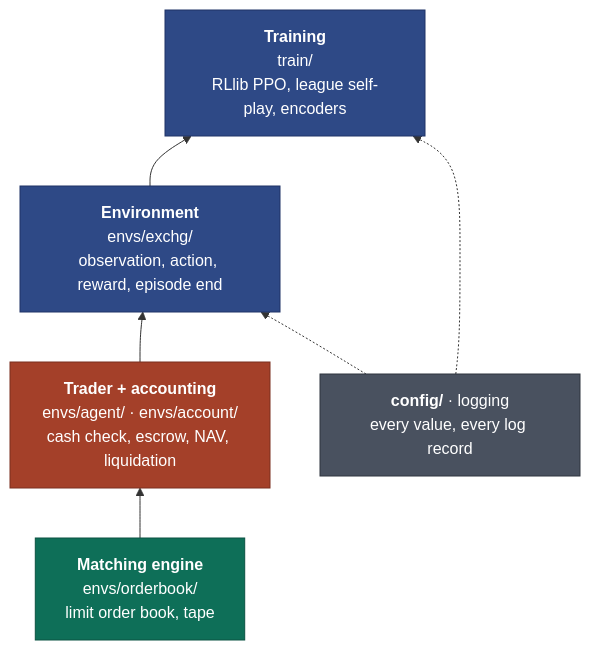
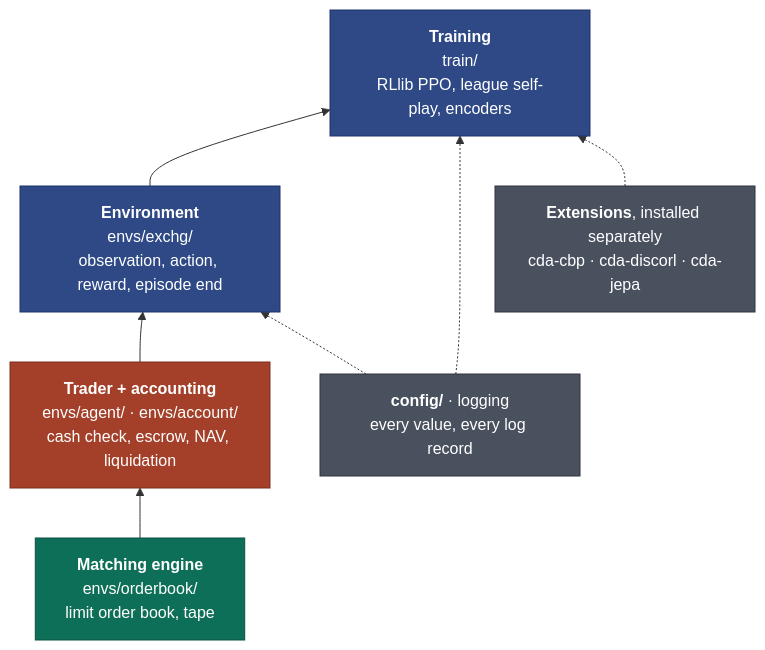
Before and after one commit to ChuaCheowHuan/gym-continuousDoubleAuction: the diagram in README.md, drawn with Mermaid. The commit also changed other lines of this file and 17 other files, not shown here.

````diff
--- a/README.md
+++ b/README.md
@@ -36,21 +36,23 @@
 ```mermaid
 flowchart BT
     L1["<b>Matching engine</b><br/>envs/orderbook/<br/>limit order book, tape"]
     L2["<b>Trader + accounting</b><br/>envs/agent/ · envs/account/<br/>cash check, escrow, NAV, liquidation"]
     L3["<b>Environment</b><br/>envs/exchg/<br/>observation, action, reward, episode end"]
     L4["<b>Training</b><br/>train/<br/>RLlib PPO, league self-play, encoders"]
     X["<b>config/</b> · logging<br/>every value, every log record"]
+    E["<b>Extensions</b>, installed separately<br/>cda-cbp · cda-discorl · cda-jepa"]
 
     L1 --> L2 --> L3 --> L4
     X -.-> L3
     X -.-> L4
+    E -.-> L4
 
     classDef learn fill:#2E4986,stroke:#1F3366,color:#fff
     classDef book fill:#0E6F58,stroke:#0A5242,color:#fff
     classDef ledger fill:#A44029,stroke:#7A2F1E,color:#fff
     classDef neutral fill:#49515F,stroke:#2F353F,color:#fff
     class L1 book
     class L2 ledger
     class L3,L4 learn
-    class X neutral
+    class X,E neutral
 ```
````
